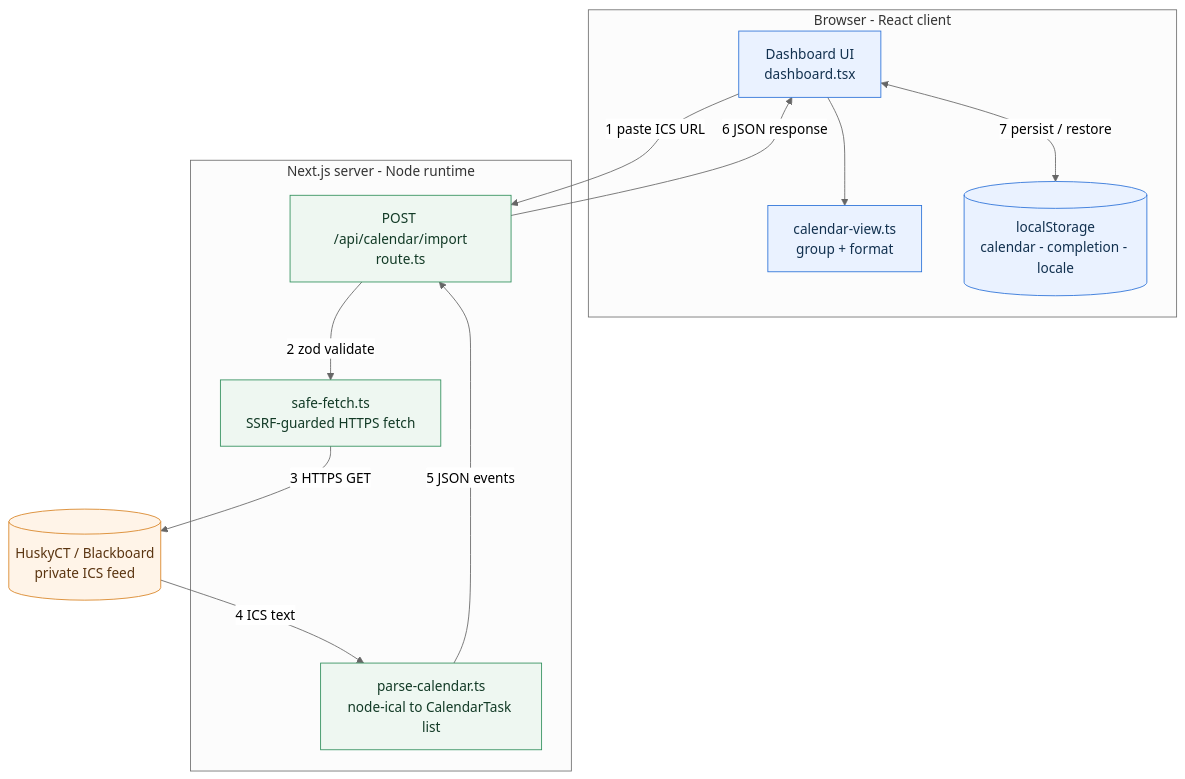
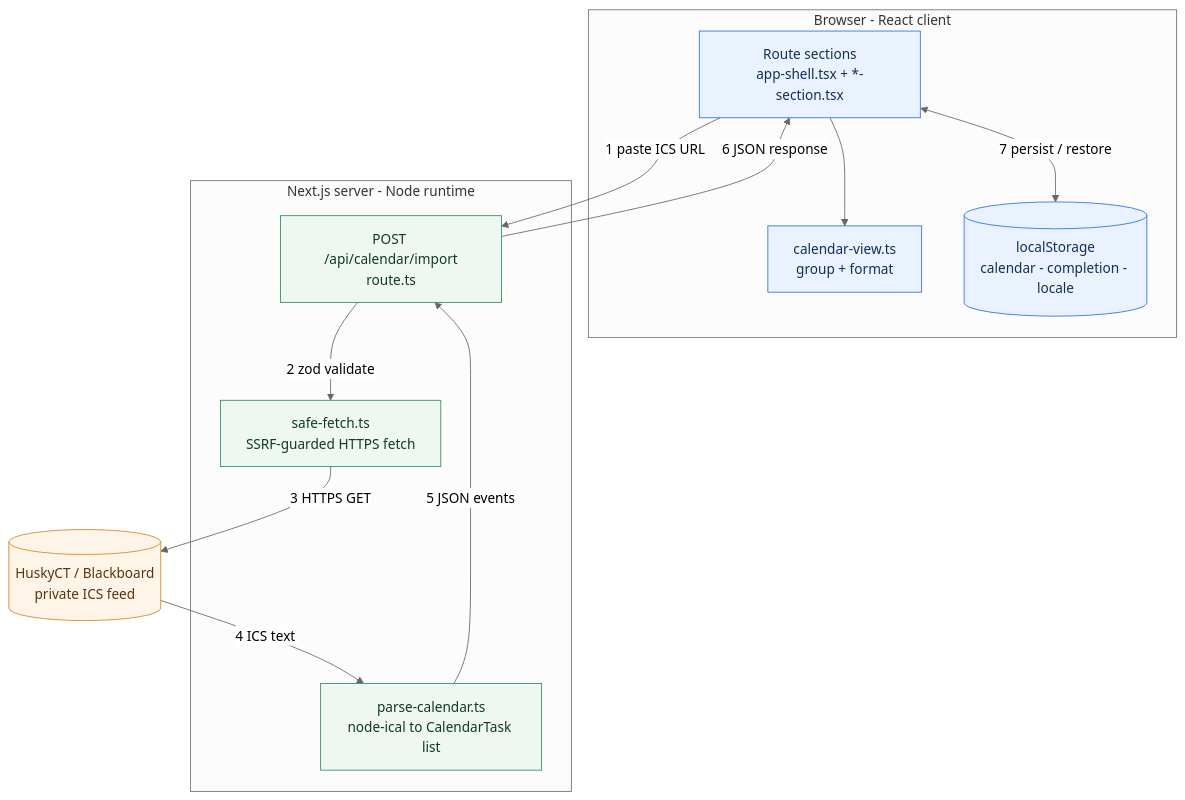
The diagram in README.md (NoGod3524/huskypilot), drawn with Mermaid (neutral theme) before and after one commit. The commit also changed other lines of this file and 13 other files, not shown here.

````diff
--- a/README.md
+++ b/README.md
@@ -36,32 +36,32 @@
 ```mermaid
 flowchart TB
     subgraph Browser["Browser - React client"]
-        UI["Dashboard UI<br/>dashboard.tsx"]
+        UI["Route sections<br/>app-shell.tsx + *-section.tsx"]
         VIEW["calendar-view.ts<br/>group + format"]
         STORE[("localStorage<br/>calendar - completion - locale")]
     end
 
     subgraph Server["Next.js server - Node runtime"]
         API["POST /api/calendar/import<br/>route.ts"]
         GUARD["safe-fetch.ts<br/>SSRF-guarded HTTPS fetch"]
         PARSE["parse-calendar.ts<br/>node-ical to CalendarTask list"]
     end
 
     FEED[("HuskyCT / Blackboard<br/>private ICS feed")]
 
     UI -->|"1 paste ICS URL"| API
     API -->|"2 zod validate"| GUARD
     GUARD -->|"3 HTTPS GET"| FEED
     FEED -->|"4 ICS text"| PARSE
     PARSE -->|"5 JSON events"| API
     API -->|"6 JSON response"| UI
     UI --> VIEW
     UI <-->|"7 persist / restore"| STORE
 
     classDef client fill:#eaf2ff,stroke:#2a71d8,color:#12314f
     classDef server fill:#eef7f1,stroke:#2f8f5b,color:#123a26
     classDef feed fill:#fff4e8,stroke:#d98324,color:#5a3410
     class UI,VIEW,STORE client
     class API,GUARD,PARSE server
     class FEED feed
 ```
````
